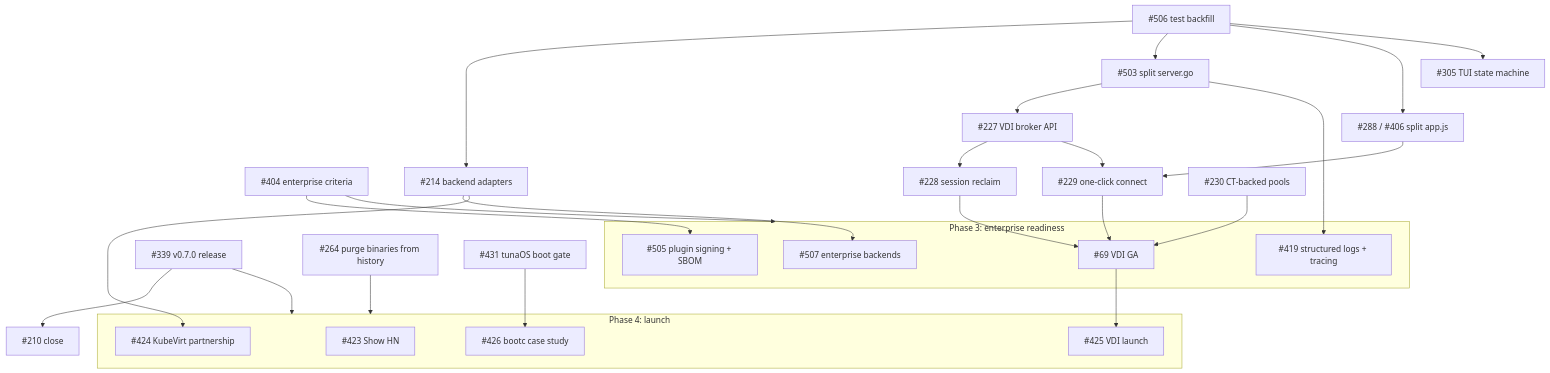
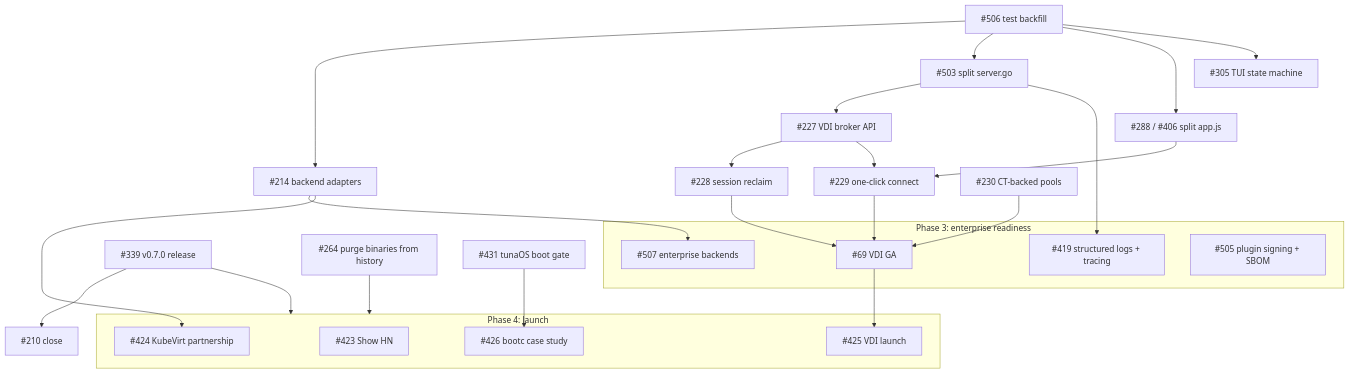
Before and after one commit to tuna-os/corral: the diagram in ROADMAP.md, drawn with Mermaid. The commit also changed other lines of this file and 1 other file, not shown here.

First line of the commit message:
docs: define enterprise readiness criteria (#404)

````diff
--- a/ROADMAP.md
+++ b/ROADMAP.md
@@ -48,36 +48,35 @@
 ```mermaid
 flowchart TD
   P1A["#339 v0.7.0 release"] --> P1B["#210 close"]
   P1H["#264 purge binaries from history"] --> P5
   P1A --> P5
-  P0["#404 enterprise criteria"] --> P3
   T["#506 test backfill"] --> R1["#214 backend adapters"]
   T --> R2["#503 split server.go"]
   T --> R3["#288 / #406 split app.js"]
   T --> R4["#305 TUI state machine"]
   R1 --> E1["#507 enterprise backends"]
   R2 --> V1["#227 VDI broker API"]
   R2 --> O1["#419 structured logs + tracing"]
   V1 --> V2["#228 session reclaim"]
   V1 --> V3["#229 one-click connect"]
   R3 --> V3
   V4["#230 CT-backed pools"]
   V2 & V3 & V4 --> VGA["#69 VDI GA"]
-  P0 --> S1["#505 plugin signing + SBOM"]
+  S1["#505 plugin signing + SBOM"]
   BG["#431 tunaOS boot gate"]
   subgraph P3["Phase 3: enterprise readiness"]
     E1
     VGA
     S1
     O1
   end
   subgraph P5["Phase 4: launch"]
     L1["#423 Show HN"]
     L2["#426 bootc case study"]
     L3["#425 VDI launch"]
     L4["#424 KubeVirt partnership"]
   end
   BG --> L2
   VGA --> L3
   R1 --> L4
 ```
````
